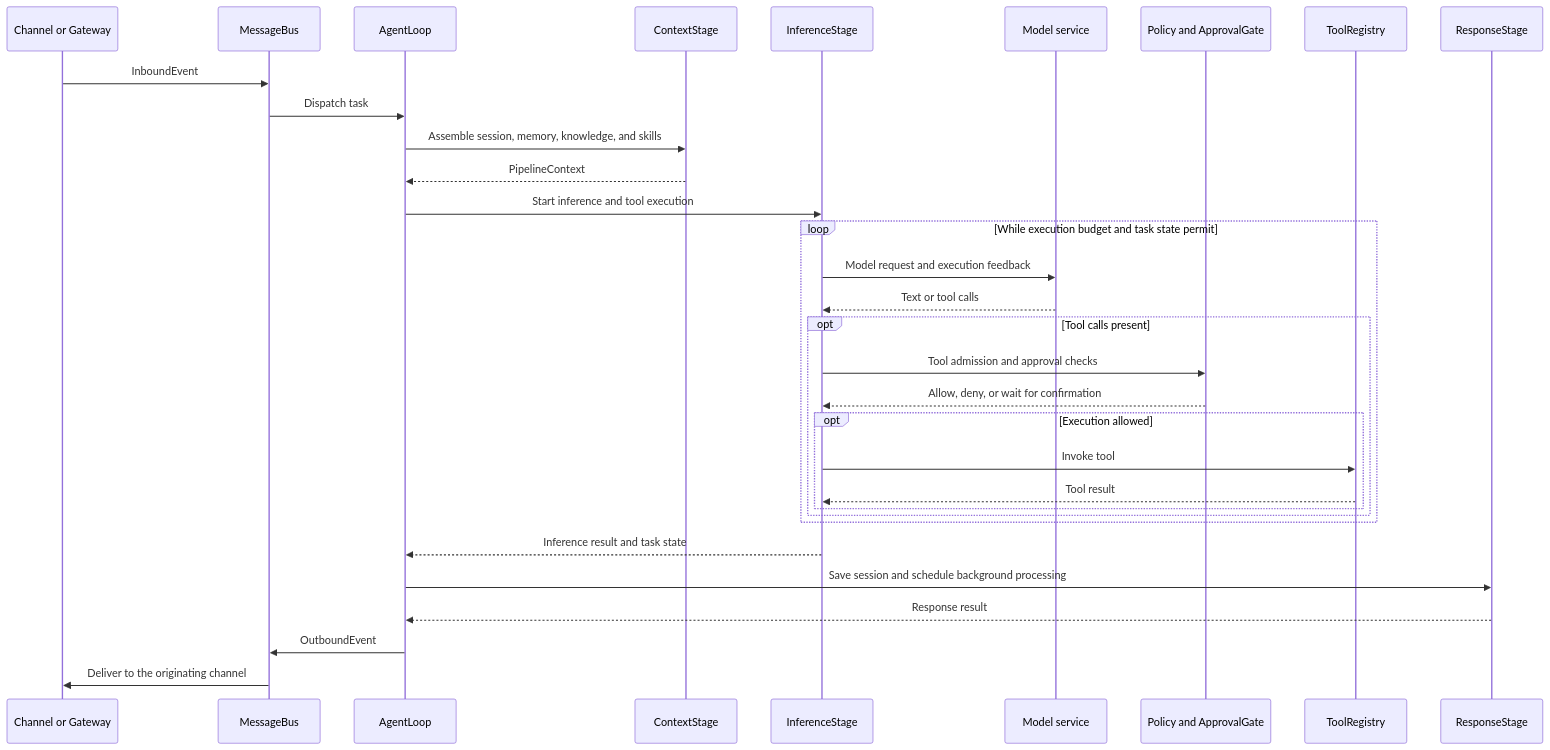
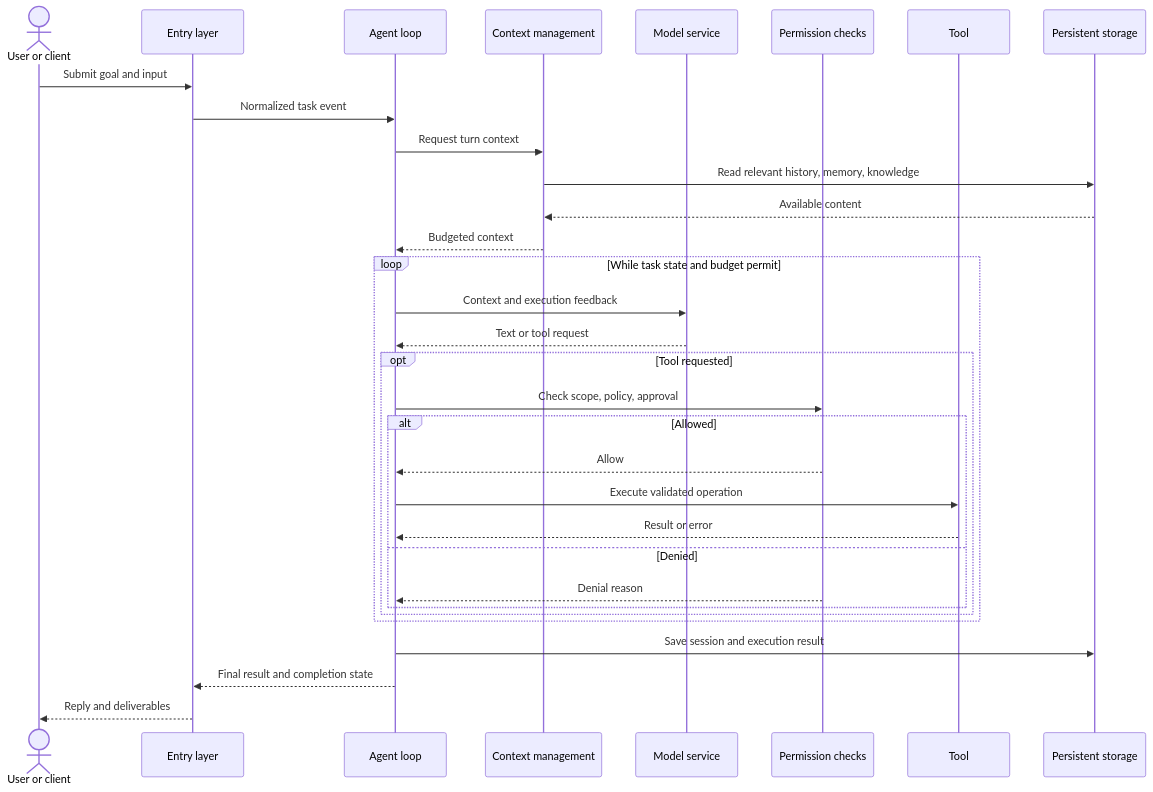
One commit to fuyuxiang/echo-agent changed the diagram in docs/concepts/architecture.en.md. Above: the diagram before and after it, drawn with Mermaid. The commit also changed other lines of this file and 201 other files, not shown here.

Commit message:
完善桌面端与运行时文档并规范架构流程图

````diff
--- a/docs/concepts/architecture.en.md
+++ b/docs/concepts/architecture.en.md
@@ -34,35 +40,34 @@
 ```mermaid
 sequenceDiagram
-    participant C as Channel or Gateway
-    participant B as MessageBus
-    participant A as AgentLoop
-    participant X as ContextStage
-    participant I as InferenceStage
+    actor U as User or client
+    participant E as Entry layer
+    participant A as Agent loop
+    participant C as Context management
     participant M as Model service
-    participant P as Policy and ApprovalGate
-    participant T as ToolRegistry
-    participant R as ResponseStage
-
-    C->>B: InboundEvent
-    B->>A: Dispatch task
-    A->>X: Assemble session, memory, knowledge, and skills
-    X-->>A: PipelineContext
-    A->>I: Start inference and tool execution
-    loop While execution budget and task state permit
-        I->>M: Model request and execution feedback
-        M-->>I: Text or tool calls
-        opt Tool calls present
-            I->>P: Tool admission and approval checks
-            P-->>I: Allow, deny, or wait for confirmation
-            opt Execution allowed
-                I->>T: Invoke tool
-                T-->>I: Tool result
+    participant P as Permission checks
+    participant T as Tool
+    participant S as Persistent storage
+    U->>E: Submit goal and input
+    E->>A: Normalized task event
+    A->>C: Request turn context
+    C->>S: Read relevant history, memory, knowledge
+    S-->>C: Available content
+    C-->>A: Budgeted context
+    loop While task state and budget permit
+        A->>M: Context and execution feedback
+        M-->>A: Text or tool request
+        opt Tool requested
+            A->>P: Check scope, policy, approval
+            alt Allowed
+                P-->>A: Allow
+                A->>T: Execute validated operation
+                T-->>A: Result or error
+            else Denied
+                P-->>A: Denial reason
             end
         end
     end
-    I-->>A: Inference result and task state
-    A->>R: Save session and schedule background processing
-    R-->>A: Response result
-    A->>B: OutboundEvent
-    B->>C: Deliver to the originating channel
+    A->>S: Save session and execution result
+    A-->>E: Final result and completion state
+    E-->>U: Reply and deliverables
 ```
````
